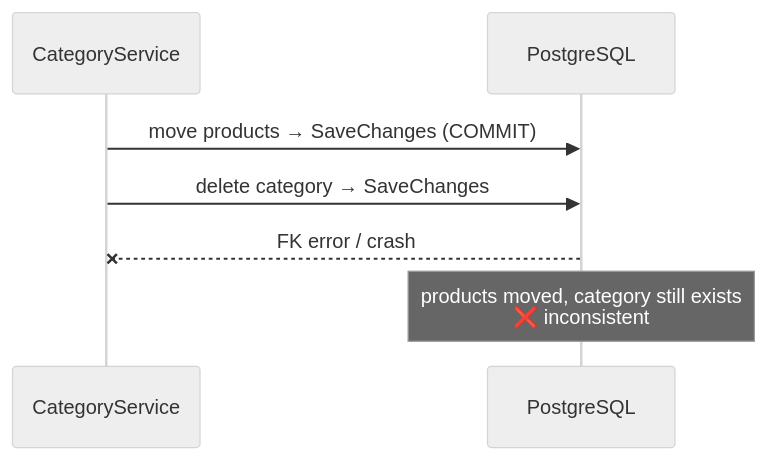
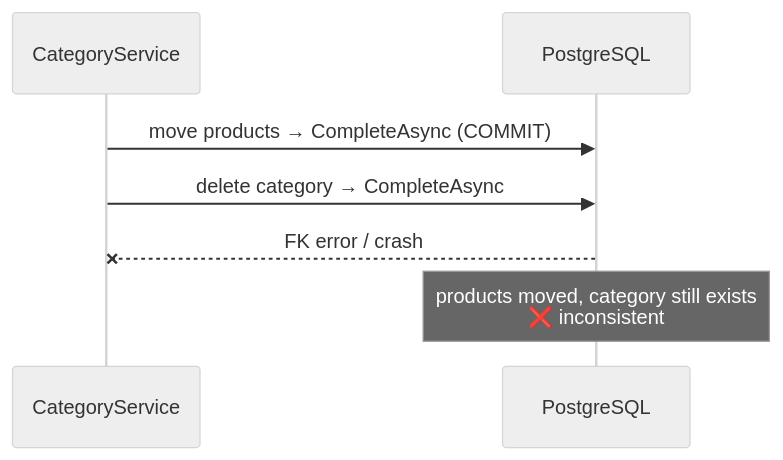
One commit to wesamkhateeb98-creator/clean-architecture-uow-repository changed the third of 3 diagrams in docs/02-unit-of-work.md. Above: the diagram before and after it, drawn with Mermaid (neutral theme). The commit also changed other lines of this file and 73 other files, not shown here.

Commit message:
refactor: align Shop.Demo with clean-architecture template (Abstracts, IEntity, CompleteAsync/Transaction, Presentation layer)

````diff
--- a/docs/02-unit-of-work.md
+++ b/docs/02-unit-of-work.md
@@ -120,9 +176,9 @@
 ```mermaid
 sequenceDiagram
     participant S as CategoryService
     participant DB as PostgreSQL
-    S->>DB: move products → SaveChanges (COMMIT)
-    S->>DB: delete category → SaveChanges
+    S->>DB: move products → CompleteAsync (COMMIT)
+    S->>DB: delete category → CompleteAsync
     DB--xS: FK error / crash
     Note over DB: products moved, category still exists<br/>❌ inconsistent
 ```
````
